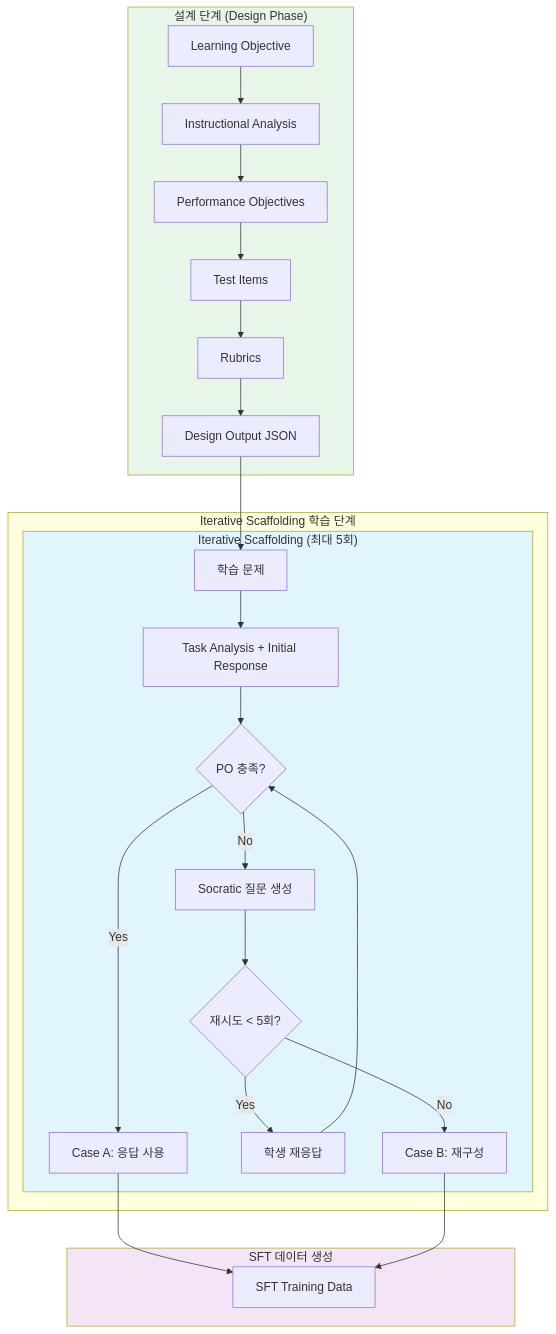
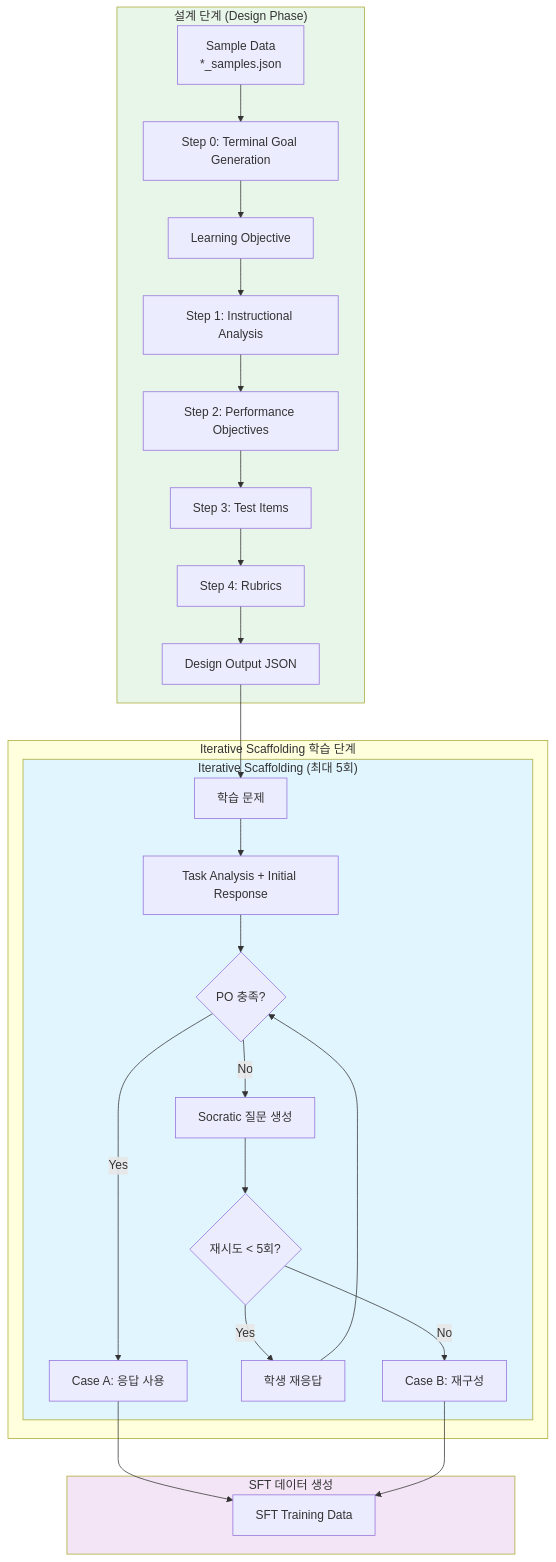
Before and after one commit to SaFD-00/ID-MAS: the first of 2 diagrams in ARCHITECTURE.md, drawn with Mermaid. The commit also changed other lines of this file and 9 other files, not shown here.

First line of the commit message:
feat: Add Terminal Goal dynamic generation (Step 0) and update docs

````diff
--- a/ARCHITECTURE.md
+++ b/ARCHITECTURE.md
@@ -263,34 +290,36 @@
 ```mermaid
 flowchart TB
     subgraph Design["설계 단계 (Design Phase)"]
-        LO[Learning Objective] --> IA[Instructional Analysis]
-        IA --> PO[Performance Objectives]
-        PO --> TI[Test Items]
-        TI --> RB[Rubrics]
+        SAMPLES[Sample Data<br/>*_samples.json] --> TG[Step 0: Terminal Goal Generation]
+        TG --> LO[Learning Objective]
+        LO --> IA[Step 1: Instructional Analysis]
+        IA --> PO[Step 2: Performance Objectives]
+        PO --> TI[Step 3: Test Items]
+        TI --> RB[Step 4: Rubrics]
         RB --> DO[Design Output JSON]
     end
 
     subgraph Learning["Iterative Scaffolding 학습 단계"]
         subgraph Scaffolding["Iterative Scaffolding (최대 5회)"]
             S_IN[학습 문제] --> S_TA[Task Analysis + Initial Response]
             S_TA --> S_EVAL{PO 충족?}
             S_EVAL -->|Yes| S_OK[Case A: 응답 사용]
             S_EVAL -->|No| S_SOCRATIC[Socratic 질문 생성]
             S_SOCRATIC --> S_RETRY{재시도 < 5회?}
             S_RETRY -->|Yes| S_RESPOND[학생 재응답]
             S_RESPOND --> S_EVAL
             S_RETRY -->|No| S_FAILED[Case B: 재구성]
         end
     end
 
     subgraph Output["SFT 데이터 생성"]
         S_OK --> SFT[SFT Training Data]
         S_FAILED --> SFT
     end
 
     DO --> S_IN
 
     style Scaffolding fill:#e1f5fe
     style Design fill:#e8f5e9
     style Output fill:#f3e5f5
 ```
````
